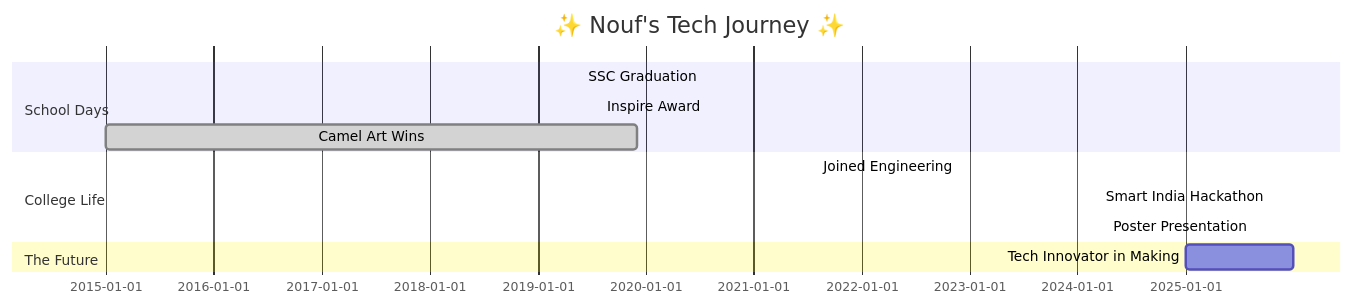
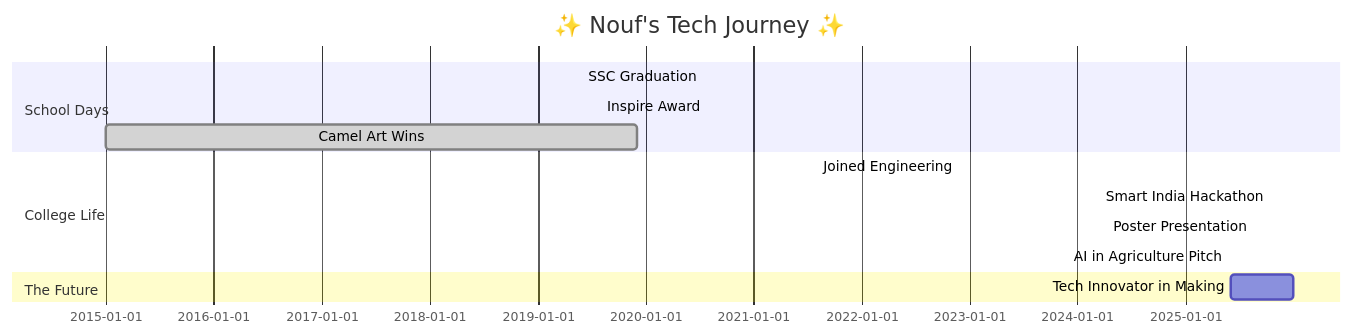
One commit to noufbamne/noufbamne changed the diagram in README.md. Above: the diagram before and after it, drawn with Mermaid. The commit also changed other lines of this file, not shown here.

````diff
--- a/README.md
+++ b/README.md
@@ -45,18 +104,19 @@
 ```mermaid
 gantt
 title ✨ Nouf's Tech Journey ✨
 dateFormat  YYYY-MM-DD
 
 section School Days
 SSC Graduation          :done, 2019-06-01, 1d
 Inspire Award            :done, 2019-08-01, 1d
 Camel Art Wins          :done, 2015-01-01, 2019-12-01
 
 section College Life
 Joined Engineering      :done, 2021-08-01, 1d
 Smart India Hackathon   :done, 2024-03-15, 1d
 Poster Presentation     :done, 2024-04-10, 1d
+AI in Agriculture Pitch :done, 2025-05-25, 1d
 
 section The Future
-Tech Innovator in Making :2025-01-01, 2025-12-31
+Tech Innovator in Making :2025-06-01, 2025-12-31
 ```
````
